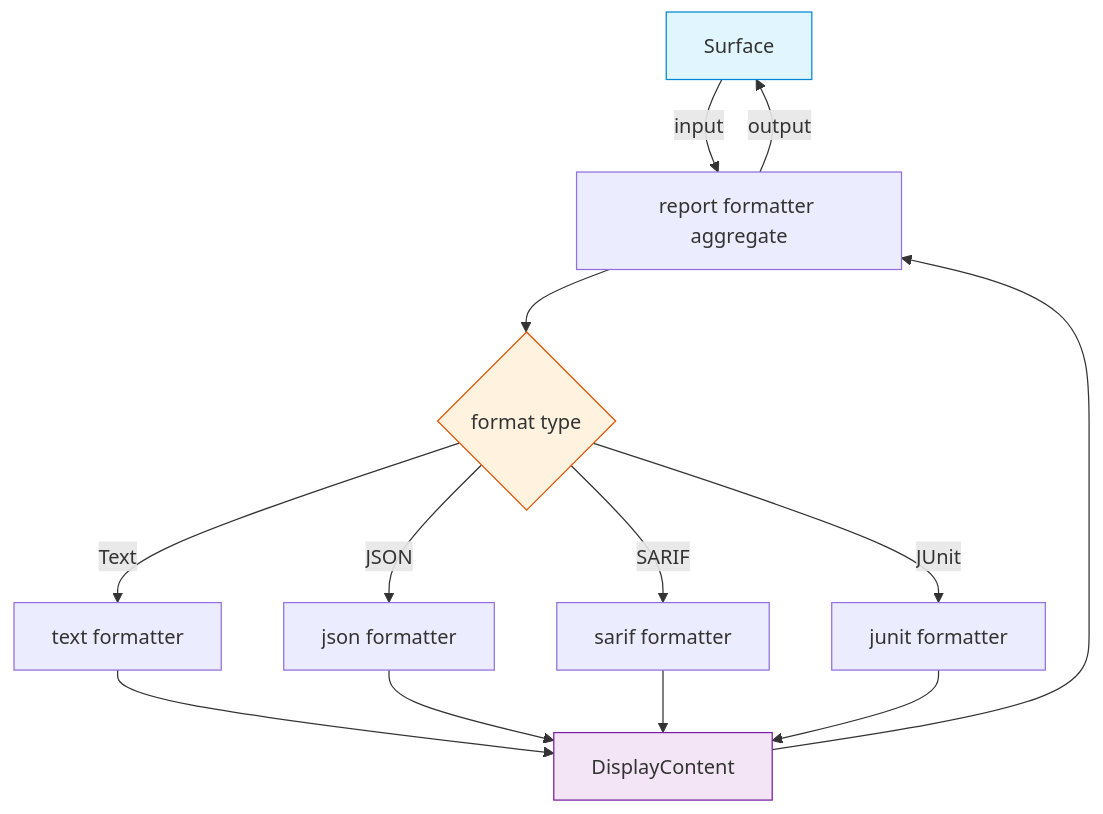
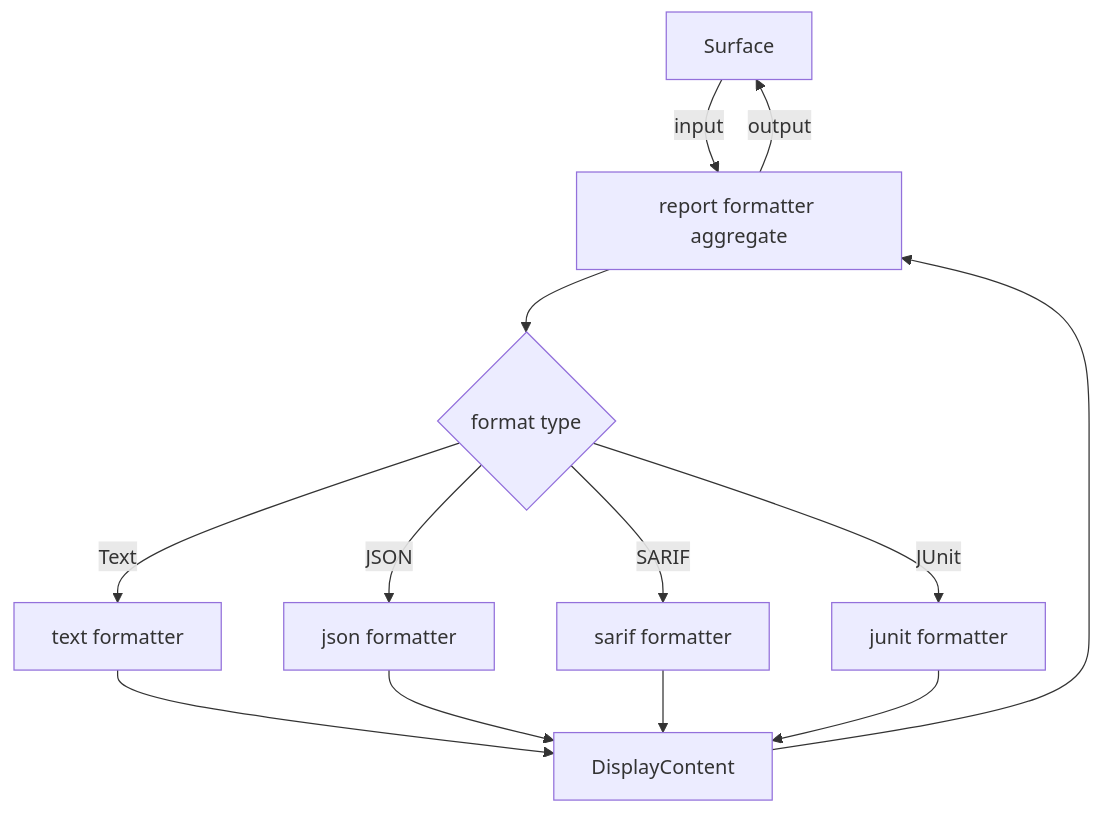
Before and after one commit to rakaarwaky/lint-arwaky: the diagram in crates/report-formatter/FRD.md, drawn with Mermaid. The commit also changed 19 other files, not shown here.

````diff
--- a/crates/report-formatter/FRD.md
+++ b/crates/report-formatter/FRD.md
@@ -19,22 +19,19 @@
 ```mermaid
 flowchart TD
     A["Surface"] -->|input| B["report formatter aggregate"]
     B --> C{"format type"}
 
     C -->|"Text"| D["text formatter"]
     C -->|"JSON"| E["json formatter"]
     C -->|"SARIF"| F["sarif formatter"]
     C -->|"JUnit"| G["junit formatter"]
 
     D --> H["DisplayContent"]
     E --> H
     F --> H
     G --> H
 
     H --> B
     B -->|output| A
 
-    style A fill:#e1f5fe,stroke:#0288d1
-    style C fill:#fff3e0,stroke:#e65100
-    style H fill:#f3e5f5,stroke:#7b1fa2
 ```
````
